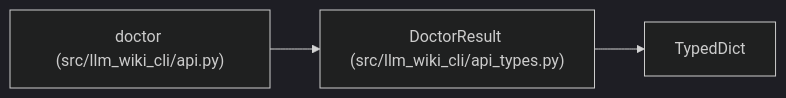
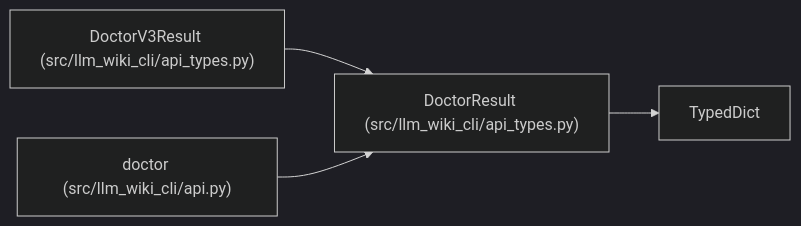
One commit to Denissvgn/python-wiki-llm changed the diagram in docs/llm_wiki/entities/DoctorResult.md. Above: the diagram before and after it, drawn with Mermaid (dark theme). The commit also changed other lines of this file and 463 other files, not shown here.

````diff
--- a/docs/llm_wiki/entities/DoctorResult.md
+++ b/docs/llm_wiki/entities/DoctorResult.md
@@ -38,10 +38,13 @@
 ```mermaid
 flowchart LR
     n0["DoctorResult (src/llm_wiki_cli/api_types.py)"]
     n1["TypedDict"]
-    n2["doctor (src/llm_wiki_cli/api.py)"]
+    n2["DoctorV3Result (src/llm_wiki_cli/api_types.py)"]
+    n3["doctor (src/llm_wiki_cli/api.py)"]
     n0 --> n1
     n2 --> n0
+    n3 --> n0
     click n0 "../modules/api_types.md"
-    click n2 "../modules/api.md"
+    click n2 "../modules/api_types.md"
+    click n3 "../modules/api.md"
 ```
````
